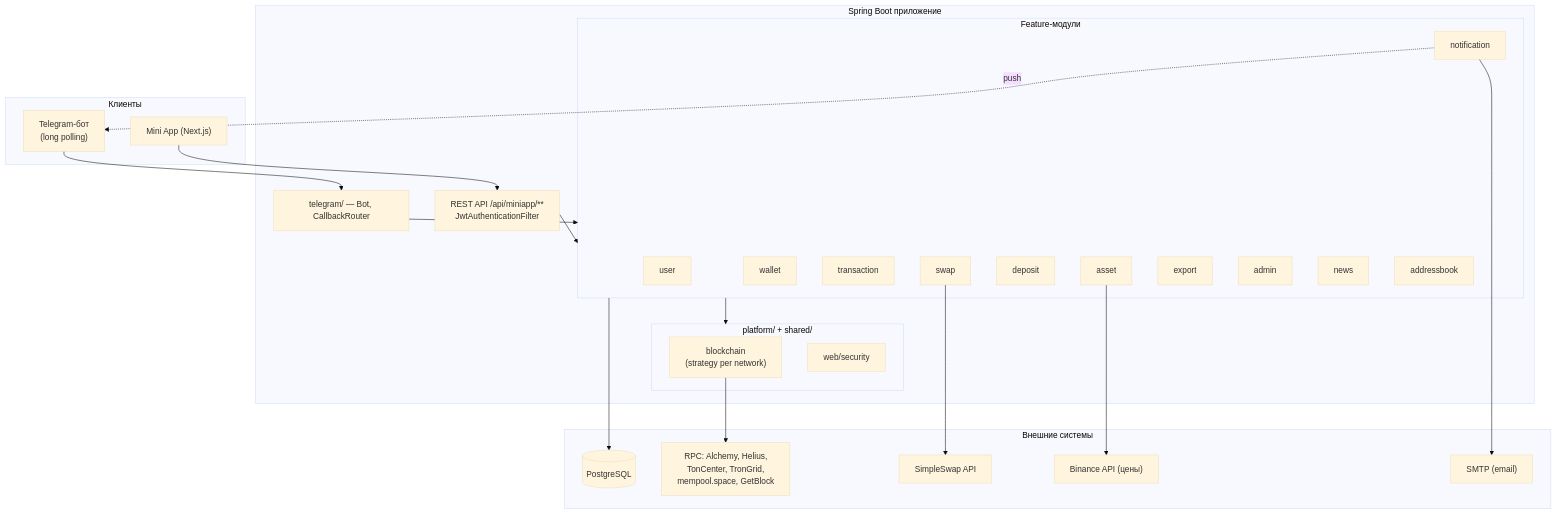
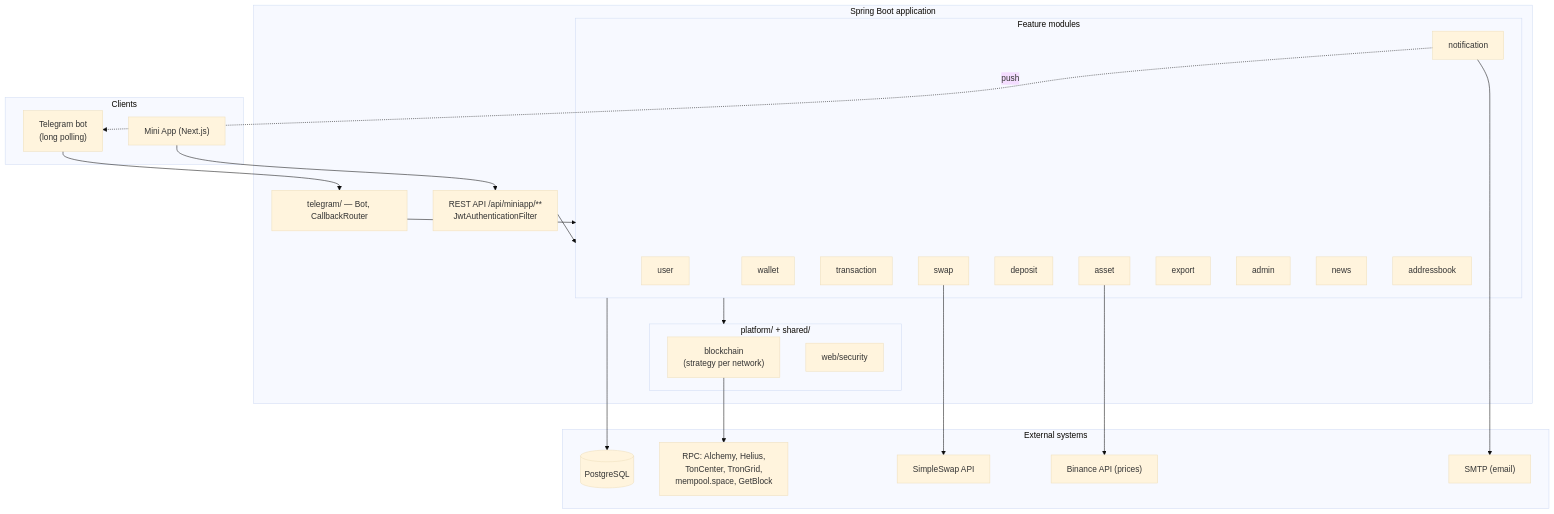
One commit to samveldarbinyann/wallet-bot changed the first of 5 diagrams in DOCUMENTATION.md. Above: the diagram before and after it, drawn with Mermaid (base theme). The commit also changed other lines of this file and 4 other files, not shown here.

````diff
--- a/DOCUMENTATION.md
+++ b/DOCUMENTATION.md
@@ -102,47 +103,47 @@
 ```mermaid
 flowchart TB
-    subgraph Clients["Клиенты"]
-        TG["Telegram-бот<br/>(long polling)"]
+    subgraph Clients["Clients"]
+        TG["Telegram bot<br/>(long polling)"]
         MA["Mini App (Next.js)"]
     end
 
-    subgraph App["Spring Boot приложение"]
+    subgraph App["Spring Boot application"]
         BOT["telegram/ — Bot, CallbackRouter"]
         API["REST API /api/miniapp/**<br/>JwtAuthenticationFilter"]
-        subgraph Features["Feature-модули"]
+        subgraph Features["Feature modules"]
             USER[user]
             WALLET[wallet]
             TXN[transaction]
             SWAP[swap]
             DEP[deposit]
             ASSET[asset]
             EXP[export]
             NOTIF[notification]
             ADM[admin]
             NEWS[news]
             AB[addressbook]
         end
         subgraph Infra["platform/ + shared/"]
             BC["blockchain<br/>(strategy per network)"]
             SEC["web/security"]
         end
     end
 
-    subgraph External["Внешние системы"]
+    subgraph External["External systems"]
         PG[(PostgreSQL)]
         RPC["RPC: Alchemy, Helius,<br/>TonCenter, TronGrid,<br/>mempool.space, GetBlock"]
         SS["SimpleSwap API"]
-        BIN["Binance API (цены)"]
+        BIN["Binance API (prices)"]
         SMTP["SMTP (email)"]
     end
 
     TG --> BOT --> Features
     MA --> API --> Features
     Features --> Infra
     Features --> PG
     BC --> RPC
     SWAP --> SS
     ASSET --> BIN
     NOTIF --> SMTP
     NOTIF -. push .-> TG
 ```
````
